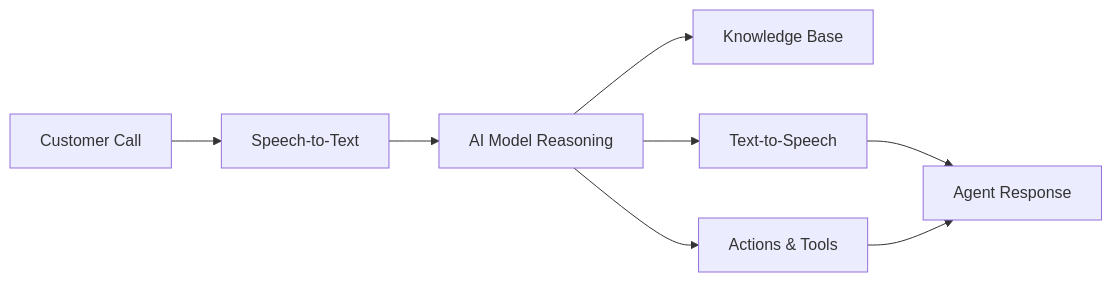
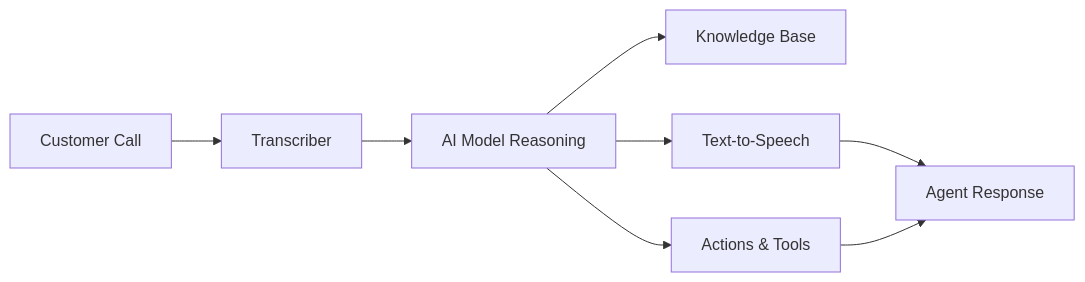
One commit to robertvy/docs changed the diagram in build/getting-started/agent-overview.mdx. Above: the diagram before and after it, drawn with Mermaid. The commit also changed other lines of this file and 11 other files, not shown here.

````diff
--- a/build/getting-started/agent-overview.mdx
+++ b/build/getting-started/agent-overview.mdx
@@ -32,10 +32,10 @@
 ```mermaid wrap
 graph LR
-    A[Customer Call] --> B[Speech-to-Text]
+    A[Customer Call] --> B[Transcriber]
     B --> C[AI Model Reasoning]
     C --> D[Knowledge Base]
     C --> E[Actions & Tools]
     C --> F[Text-to-Speech]
     F --> G[Agent Response]
     E --> G
 ```
````
